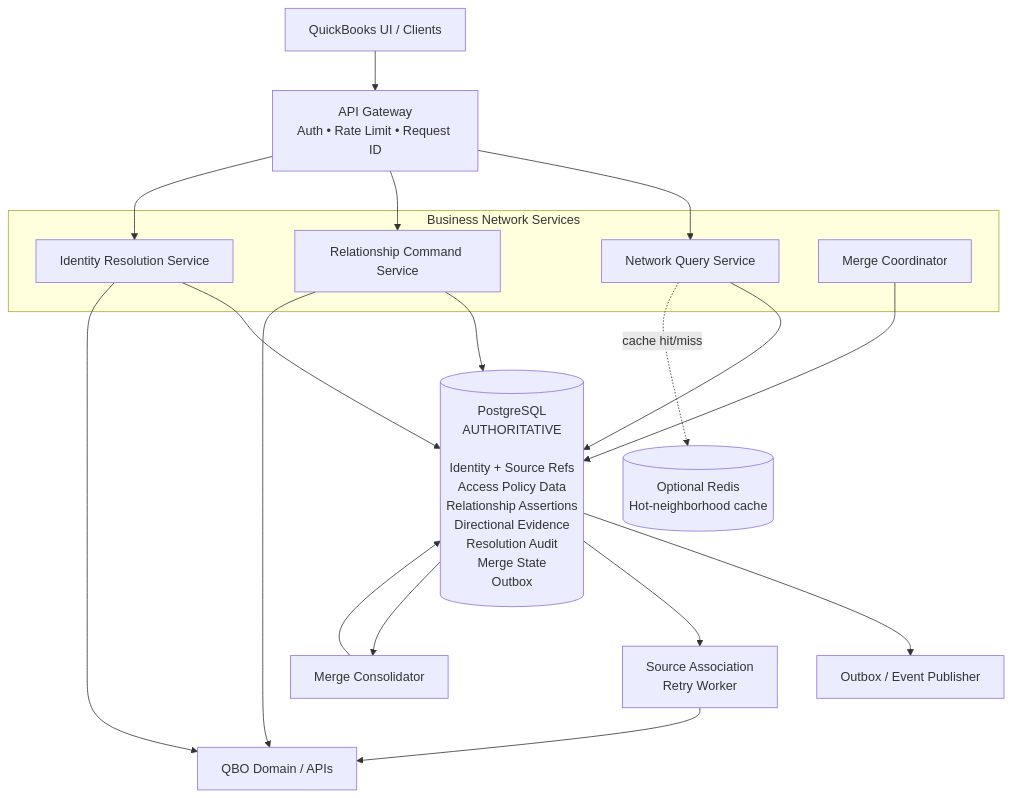
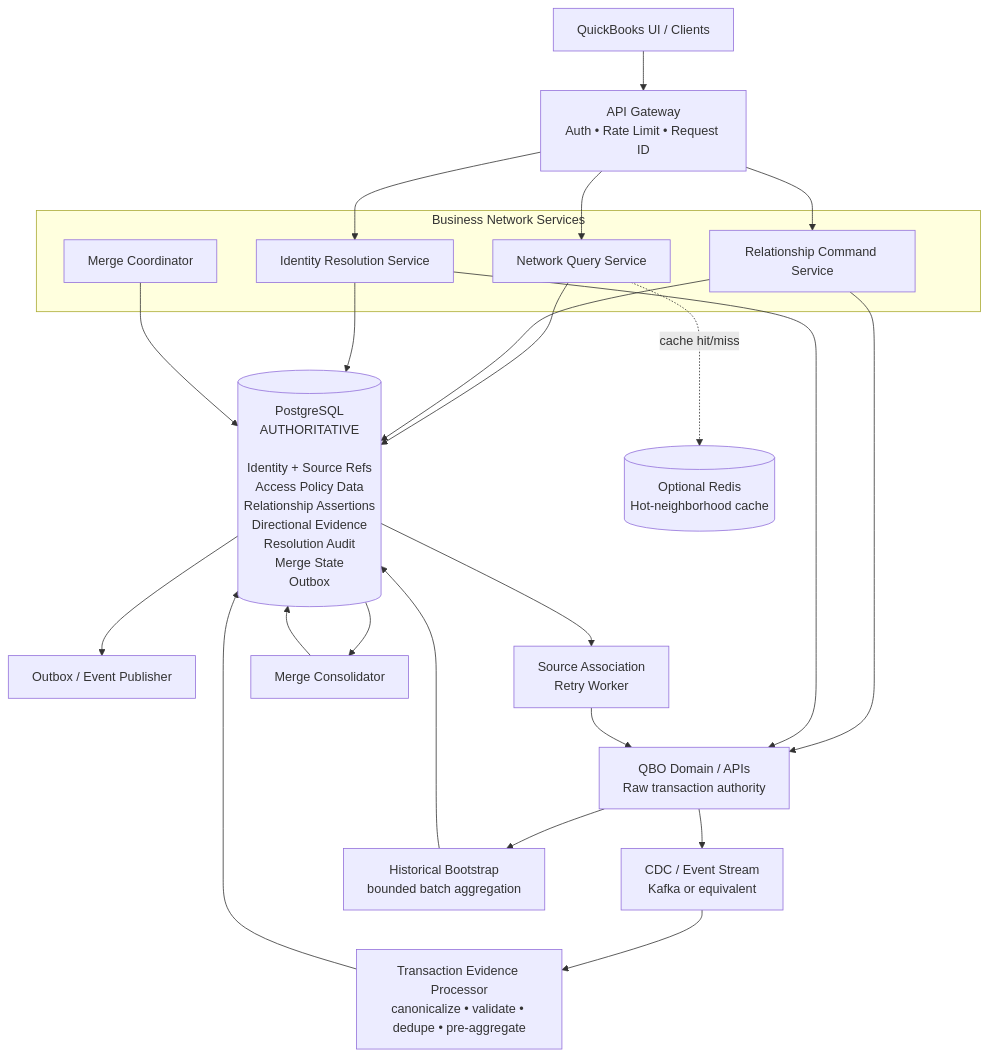
The first of 9 diagrams in README.md (goutam-git/quickbooks-business-network-design), drawn with Mermaid before and after one commit. The commit also changed other lines of this file, not shown here.

Commit message:
Add scalable transaction evidence ingestion design

````diff
--- a/README.md
+++ b/README.md
@@ -193,40 +216,48 @@
 ``` mermaid
 flowchart TB
     UI["QuickBooks UI / Clients"]
     GW["API Gateway<br/>Auth • Rate Limit • Request ID"]
 
     subgraph BN["Business Network Services"]
         QS["Network Query Service"]
         RC["Relationship Command Service"]
         IR["Identity Resolution Service"]
         MC["Merge Coordinator"]
     end
 
     PG[("PostgreSQL<br/>AUTHORITATIVE<br/><br/>Identity + Source Refs<br/>Access Policy Data<br/>Relationship Assertions<br/>Directional Evidence<br/>Resolution Audit<br/>Merge State<br/>Outbox")]
 
     OW["Outbox / Event Publisher"]
     SW["Source Association<br/>Retry Worker"]
     MW["Merge Consolidator"]
-    QBO["QBO Domain / APIs"]
+    QBO["QBO Domain / APIs<br/>Raw transaction authority"]
+    ES["CDC / Event Stream<br/>Kafka or equivalent"]
+    EP["Transaction Evidence Processor<br/>canonicalize • validate • dedupe • pre-aggregate"]
+    HB["Historical Bootstrap<br/>bounded batch aggregation"]
     REDIS[("Optional Redis<br/>Hot-neighborhood cache")]
 
     UI --> GW
     GW --> QS
     GW --> RC
     GW --> IR
 
     QS --> PG
     RC --> PG
     IR --> PG
     MC --> PG
 
     QS -. cache hit/miss .-> REDIS
 
     RC --> QBO
     IR --> QBO
+    QBO --> ES
+    ES --> EP
+    QBO --> HB
+    HB --> PG
+    EP --> PG
     PG --> OW
     PG --> SW
     PG --> MW
     SW --> QBO
     MW --> PG
 ```
````
